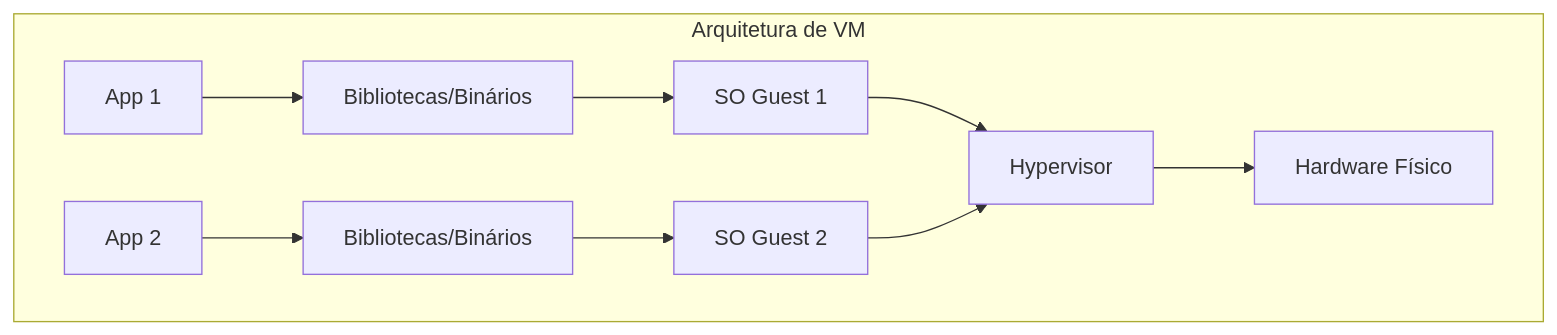
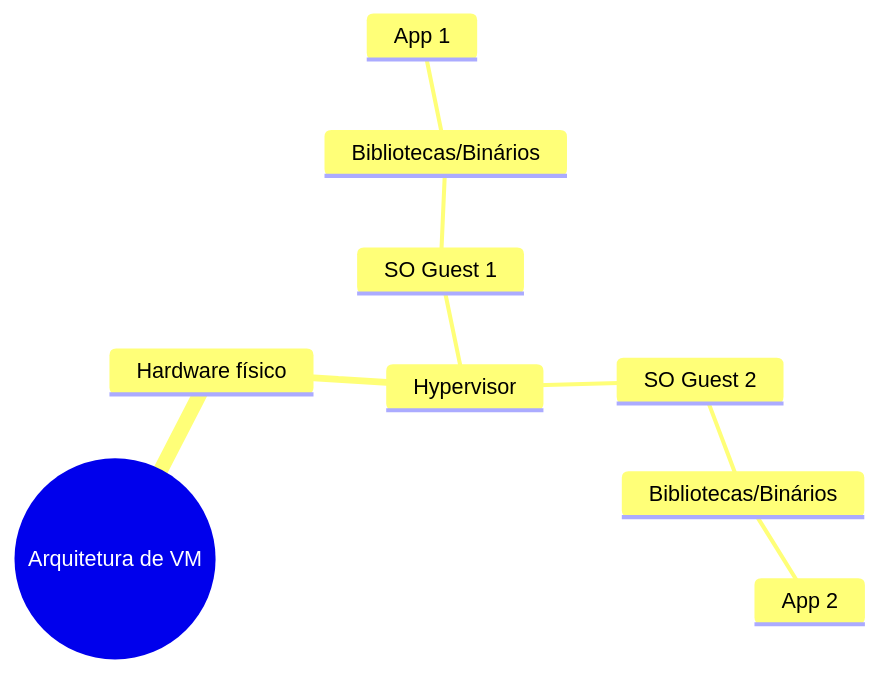
The first of 2 diagrams in content/pt/articles/containers-vs-vms/index.md (dyotamo/blog), drawn with Mermaid before and after one commit. The commit also changed other lines of this file and 26 other files, not shown here.

````diff
--- a/content/pt/articles/containers-vs-vms/index.md
+++ b/content/pt/articles/containers-vs-vms/index.md
@@ -26,12 +26,12 @@
 ```mermaid
-graph TD
-    subgraph VM_Architecture [Arquitetura de VM]
-        App1[App 1] --> Bins1[Bibliotecas/Binários]
-        App2[App 2] --> Bins2[Bibliotecas/Binários]
-        Bins1 --> OS1[SO Guest 1]
-        Bins2 --> OS2[SO Guest 2]
-        OS1 --> Hypervisor[Hypervisor]
-        OS2 --> Hypervisor
-        Hypervisor --> Hardware[Hardware Físico]
-    end
+mindmap
+  root((Arquitetura de VM))
+    Hardware físico
+      Hypervisor
+        SO Guest 1
+          Bibliotecas/Binários
+            App 1
+        SO Guest 2
+          Bibliotecas/Binários
+            App 2
 ```
````
